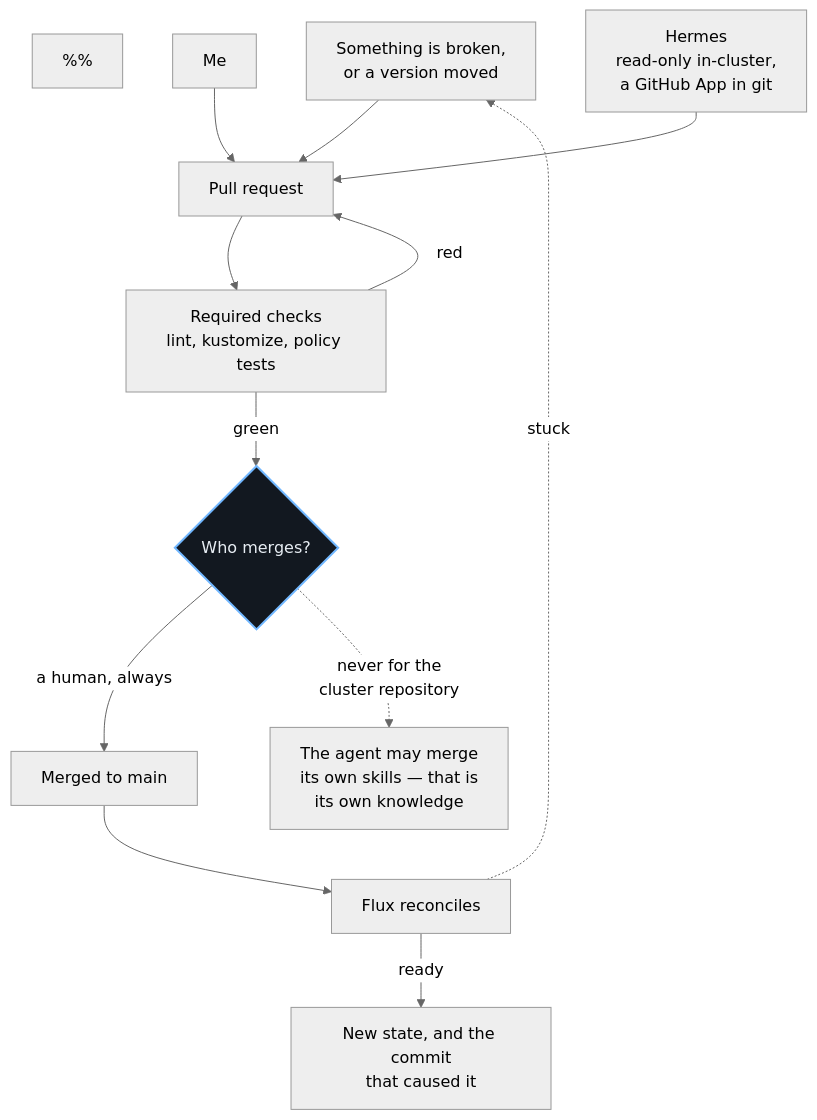
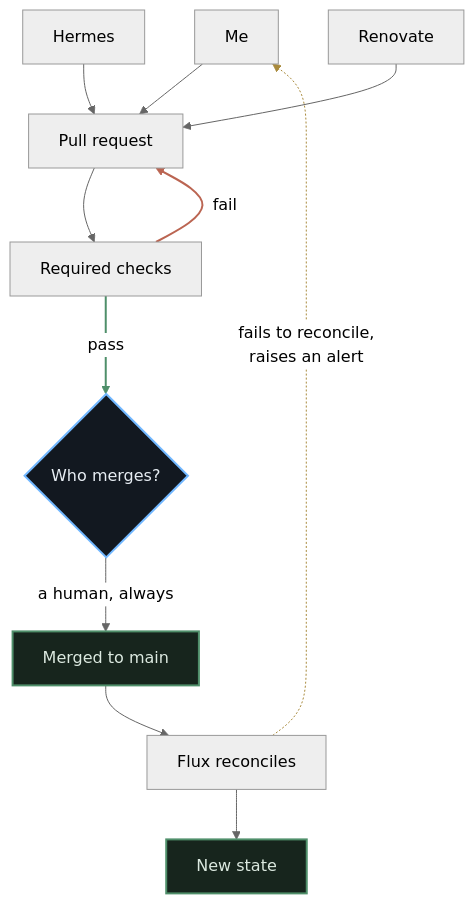
One commit to kg6zjl/clusters changed the diagram in documentation/site-diagrams/src/loop.mmd. Above: the diagram before and after it, drawn with Mermaid (neutral theme). The commit also changed 27 other files, not shown here.

```diff
--- a/documentation/site-diagrams/src/loop.mmd
+++ b/documentation/site-diagrams/src/loop.mmd
@@ -1,36 +1,55 @@
 flowchart TB
 %% The only write path, for the reader who wants to implement this part first.
-%%
-%% The dashed return path is the whole design. The agent's pull request lands in the same review
-%% queue as mine, so "it wrote the fix" and "a human approved the fix" stay two separate events
-%% with two separate identities attached to them.
-%%
-%% The invisible links (~~~) hold the two authors side by side without drawing an arrow between
-%% them — they are alternatives reaching the same place, not a sequence.
 
-  what["Something is broken,<br/>or a version moved"]
+%% Three authors open a pull request: me, the agent, and Renovate. They are alternatives reaching
+%% the same place, not a sequence, so they are drawn side by side with no arrows between them.
+
+%% The return path is the whole design. The agent's pull request lands in the same review queue as
+%% mine, so "it wrote the fix" and "a human approved the fix" stay two events with two identities
+%% attached to them.
+
+%% The amber dashed edge is what makes this a loop rather than a line. If Flux cannot settle the
+%% cluster on the merged intent, that is itself an alert — it raises one and reaches me, and the
+%% only way to change the outcome is another pull request through the same gate.
 
   me["Me"]
-  agent["Hermes<br/>read-only in-cluster,<br/>a GitHub App in git"]
+  agent["Hermes"]
+  renovate["Renovate"]
 
   pr["Pull request"]
-  checks["Required checks<br/>lint, kustomize, policy tests"]
+  checks["Required checks"]
   review{"Who merges?"}
   merge["Merged to main"]
-  reconcile["Flux reconciles"]
-  done["New state, and the commit<br/>that caused it"]
+  flux["Flux reconciles"]
+  done["New state"]
 
-  what --> pr
   me --> pr
   agent --> pr
+  renovate --> pr
+
   pr --> checks
-  checks -->|"red"| pr
-  checks -->|"green"| review
+  checks -->|"fail"| pr
+  checks -->|"pass"| review
+
   review -->|"a human, always"| merge
-  review -.->|"never for the<br/>cluster repository"| note["The agent may merge<br/>its own skills — that is<br/>its own knowledge"]
-  merge --> reconcile
-  reconcile -->|"ready"| done
-  reconcile -.->|"stuck"| what
+  merge --> flux
+  flux --> done
+  flux -.->|"fails to reconcile,<br/>raises an alert"| me
 
-  classDef gate fill:#121820,stroke:#71b7ff,stroke-width:2px,color:#e7edf3
-  class review gate
+  %% Colour carries the decision and nothing else: green is the path that changes something,
+  %% red is the check failing, amber is a reconcile that did not settle. The gate is blue because
+  %% it is the one box that decides whether anything downstream happens at all.
+  classDef ok fill:#17251d,stroke:#4f8f6a,stroke-width:2px,color:#dce9e0
+  classDef bad fill:#261a1a,stroke:#bb6552,stroke-width:2px,color:#ecd8d3
+  classDef warn fill:#262013,stroke:#a98a3c,stroke-width:2px,color:#ebe1c9
+  classDef control fill:#121820,stroke:#71b7ff,stroke-width:2px,color:#e7edf3
+
+  class merge,done ok
+  class review control
+
+%% linkStyle takes an index into the rendered link order, which is not the order these arrows
+%% appear in the file. After re-rendering, confirm the red edge is still checks->pr and the green
+%% edge is still checks->review; git diff on the SVG shows an edge changing colour.
+linkStyle 4 stroke:#bb6552,stroke-width:2px
+linkStyle 5 stroke:#4f8f6a,stroke-width:2px
+linkStyle 9 stroke:#a98a3c
```
